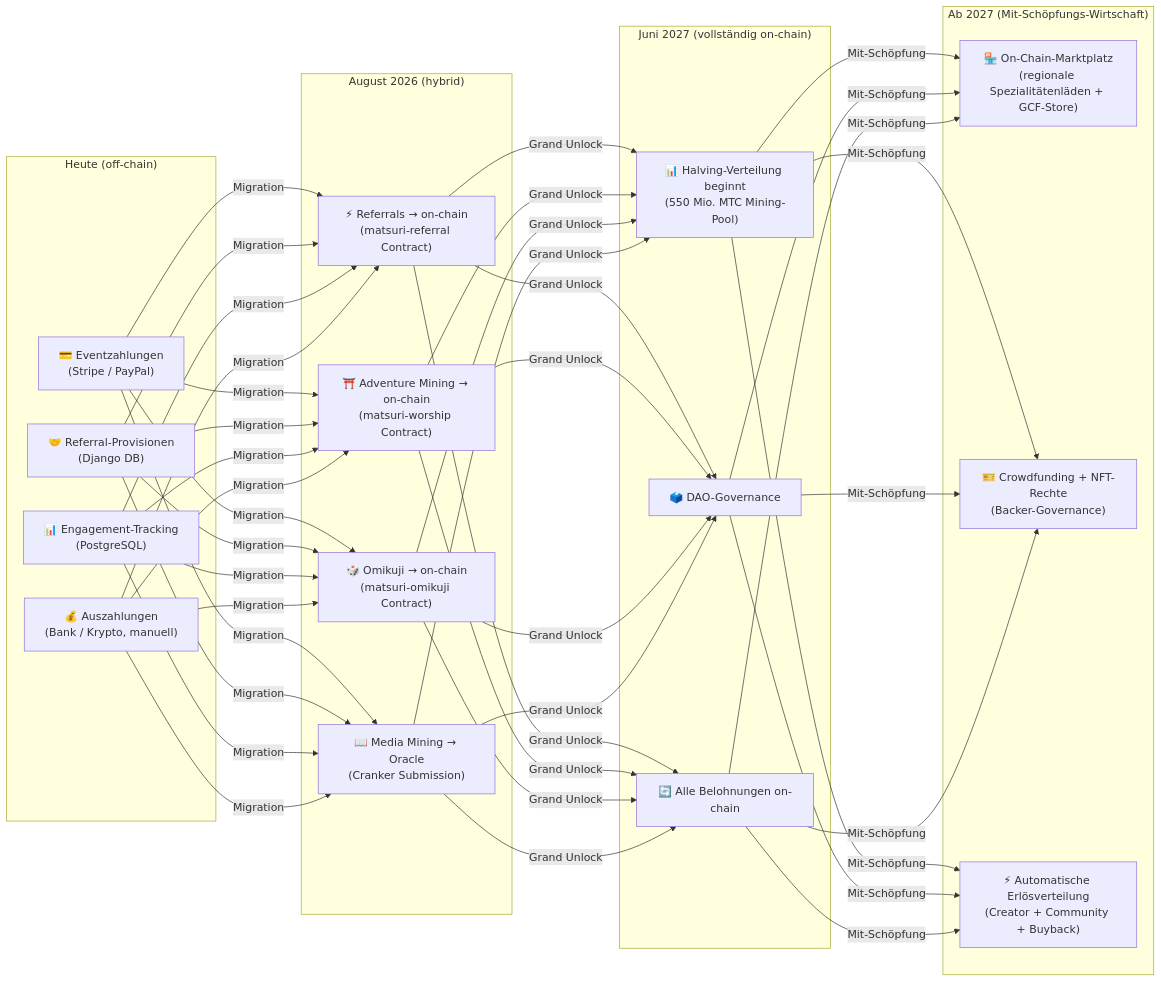
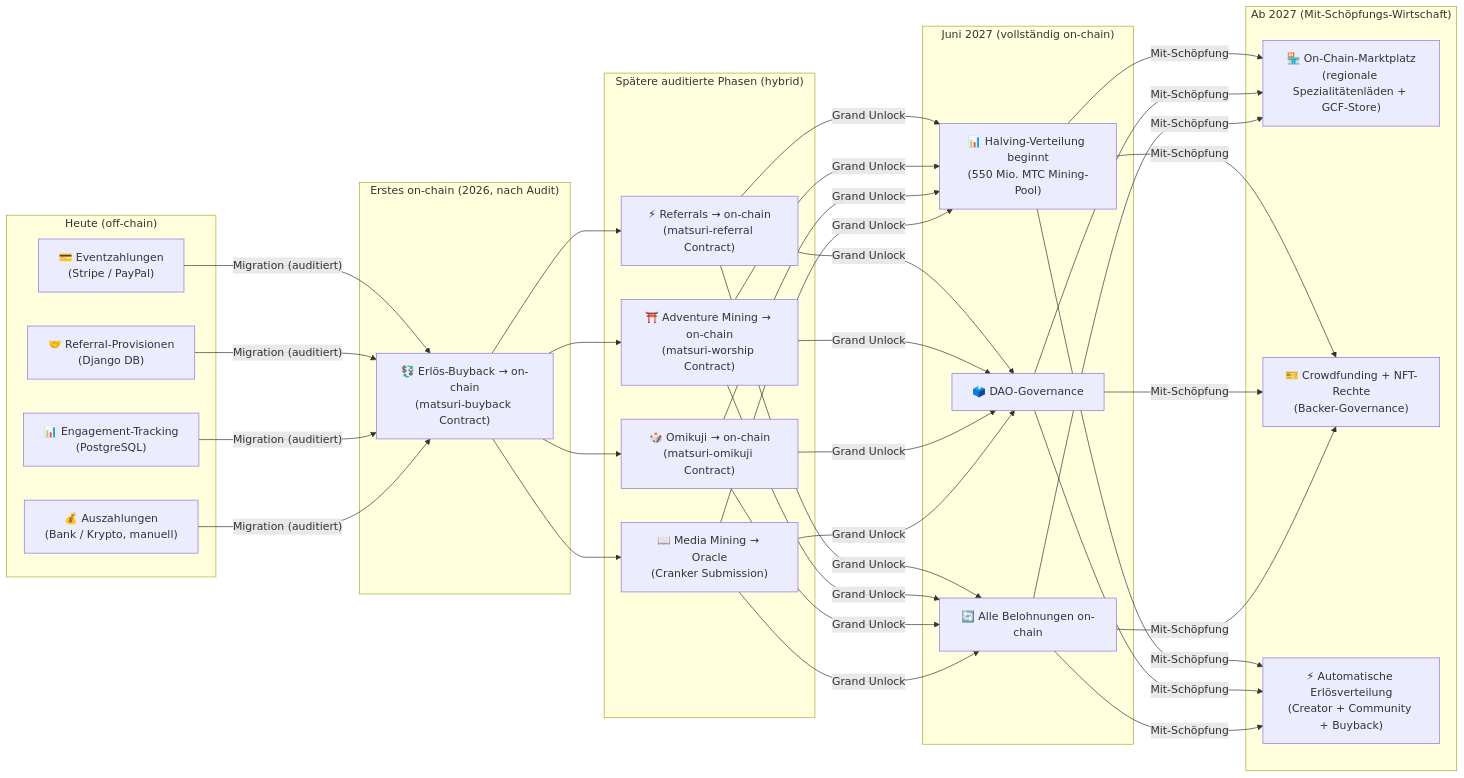
One commit to Cootakahashi/matsuri-dao-whitepaper changed the fourth of 4 diagrams in i18n/de/docusaurus-plugin-content-docs/current/04-mining.md. Above: the diagram before and after it, drawn with Mermaid. The commit also changed other lines of this file and 79 other files, not shown here.

First line of the commit message:
docs: re-sequence on-chain roadmap to match the staged Hashlock audit (20 locales)

````diff
--- a/i18n/de/docusaurus-plugin-content-docs/current/04-mining.md
+++ b/i18n/de/docusaurus-plugin-content-docs/current/04-mining.md
@@ -334,28 +344,32 @@
 ```mermaid
 graph LR
     subgraph "Heute (off-chain)"
         O1["💳 Eventzahlungen\n(Stripe / PayPal)"]
         O2["🤝 Referral-Provisionen\n(Django DB)"]
         O3["📊 Engagement-Tracking\n(PostgreSQL)"]
         O4["💰 Auszahlungen\n(Bank / Krypto, manuell)"]
     end
-    subgraph "August 2026 (hybrid)"
+    subgraph "Erstes on-chain (2026, nach Audit)"
+        H0["💱 Erlös-Buyback → on-chain\n(matsuri-buyback Contract)"]
+    end
+    subgraph "Spätere auditierte Phasen (hybrid)"
         H1["⚡ Referrals → on-chain\n(matsuri-referral Contract)"]
         H2["⛩️ Adventure Mining → on-chain\n(matsuri-worship Contract)"]
         H3["🎲 Omikuji → on-chain\n(matsuri-omikuji Contract)"]
         H4["📖 Media Mining → Oracle\n(Cranker Submission)"]
     end
     subgraph "Juni 2027 (vollständig on-chain)"
         F1["📊 Halving-Verteilung beginnt\n(550 Mio. MTC Mining-Pool)"]
         F2["🗳️ DAO-Governance"]
         F3["🔄 Alle Belohnungen on-chain"]
     end
     subgraph "Ab 2027 (Mit-Schöpfungs-Wirtschaft)"
         G1["🏪 On-Chain-Marktplatz\n(regionale Spezialitätenläden + GCF-Store)"]
         G2["🎫 Crowdfunding + NFT-Rechte\n(Backer-Governance)"]
         G3["⚡ Automatische Erlösverteilung\n(Creator + Community + Buyback)"]
     end
-    O1 & O2 & O3 & O4 -->|"Migration"| H1 & H2 & H3 & H4
+    O1 & O2 & O3 & O4 -->|"Migration (auditiert)"| H0
+    H0 --> H1 & H2 & H3 & H4
     H1 & H2 & H3 & H4 -->|"Grand Unlock"| F1 & F2 & F3
     F1 & F2 & F3 -->|"Mit-Schöpfung"| G1 & G2 & G3
 ```
````
